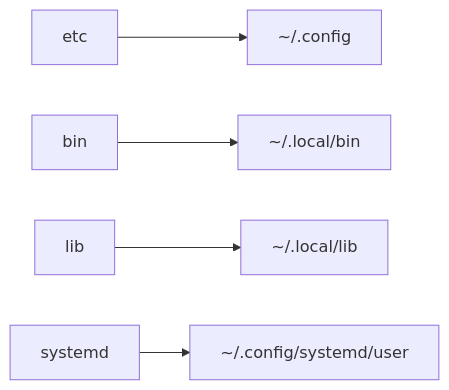
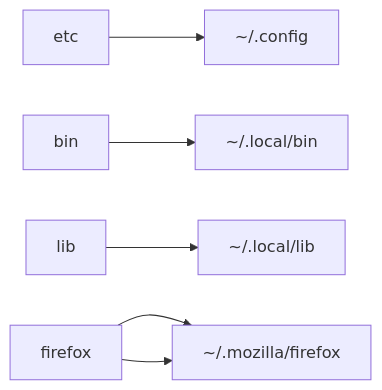
The diagram in doc/installation.md (carnivuth/scripts), drawn with Mermaid before and after one commit.

Commit message:
improved doc

````diff
--- a/doc/installation.md
+++ b/doc/installation.md
@@ -24,7 +24,8 @@
 ```mermaid
 flowchart LR
 A[etc] --> E[~/.config]
 B[bin] --> F[~/.local/bin]
 C[lib] --> G[~/.local/lib]
 D[systemd] --> H[~/.config/systemd/user]
+D[firefox] --> H[~/.mozilla/firefox]
 ```
````
